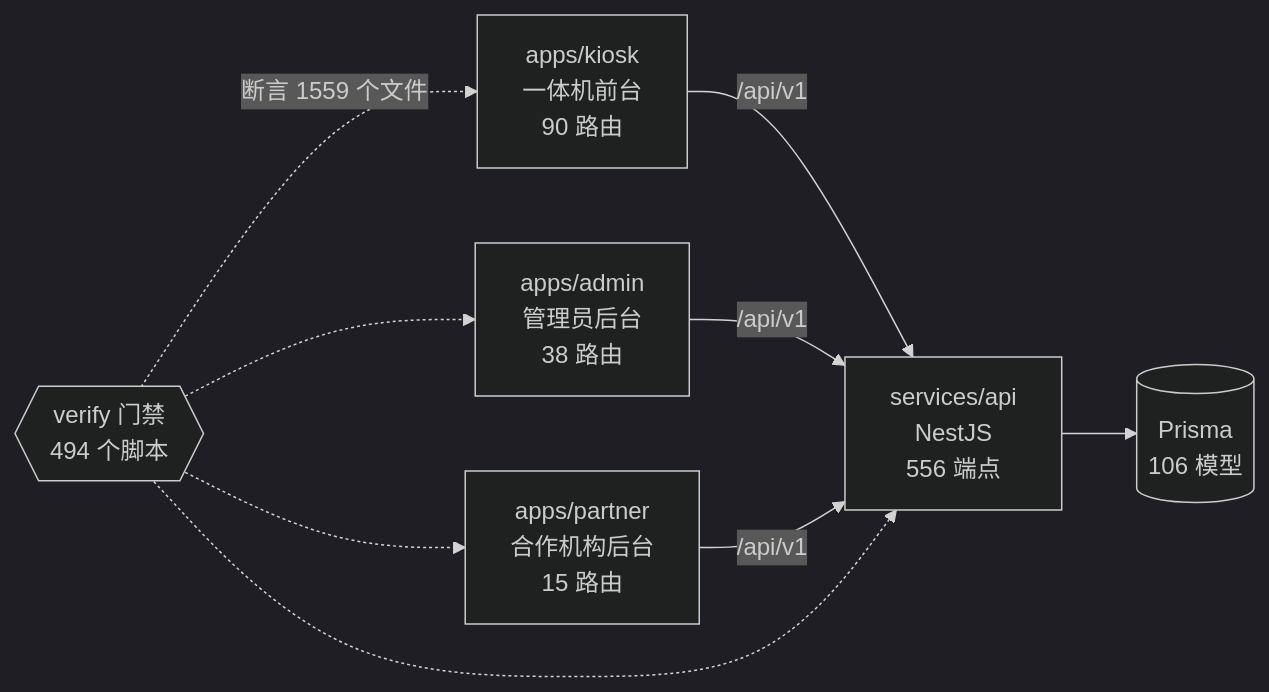
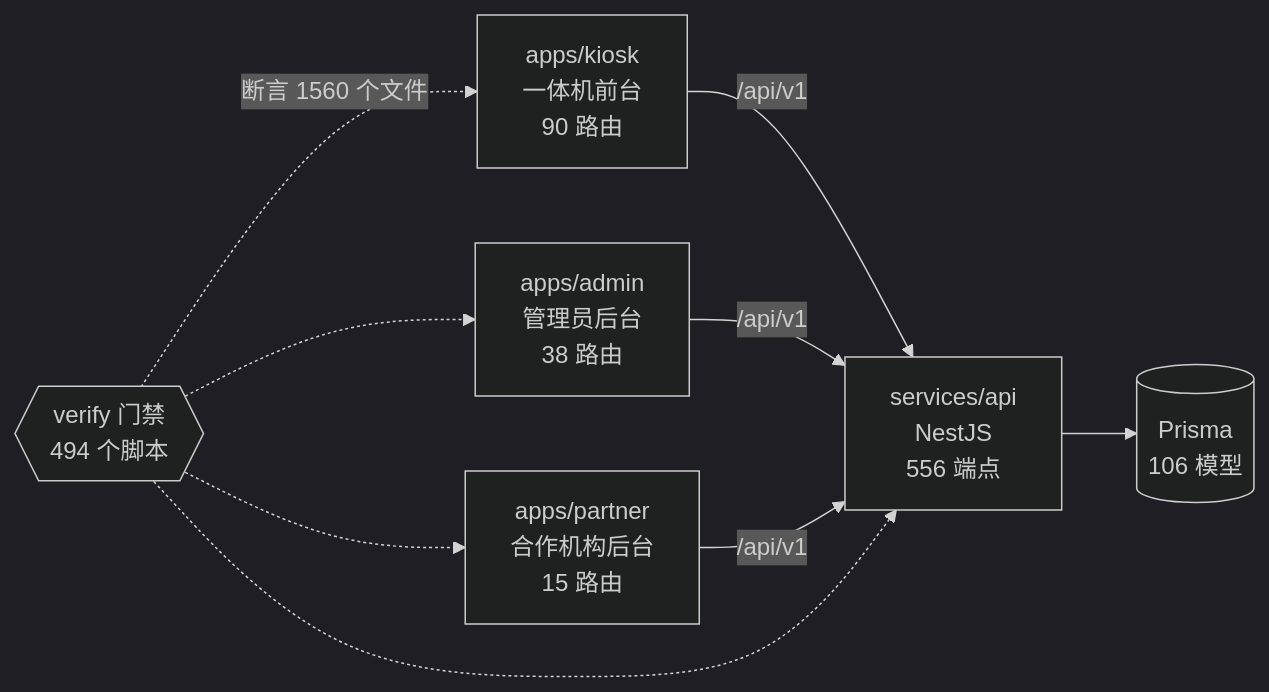
Before and after one commit to wanglei581/YITIJI: the diagram in docs/graph/README.md, drawn with Mermaid (dark theme). The commit also changed other lines of this file and 3 other files, not shown here.

Commit message:
docs(graph): regenerate after the shared step-actions row

````diff
--- a/docs/graph/README.md
+++ b/docs/graph/README.md
@@ -68,18 +68,18 @@
 ```mermaid
 flowchart LR
   kiosk["apps/kiosk<br/>一体机前台<br/>90 路由"]
   admin["apps/admin<br/>管理员后台<br/>38 路由"]
   partner["apps/partner<br/>合作机构后台<br/>15 路由"]
   api["services/api<br/>NestJS<br/>556 端点"]
   db[("Prisma<br/>106 模型")]
   gates{{"verify 门禁<br/>494 个脚本"}}
 
   kiosk -->|"/api/v1"| api
   admin -->|"/api/v1"| api
   partner -->|"/api/v1"| api
   api --> db
-  gates -.->|"断言 1559 个文件"| kiosk
+  gates -.->|"断言 1560 个文件"| kiosk
   gates -.-> admin
   gates -.-> partner
   gates -.-> api
 ```
````
